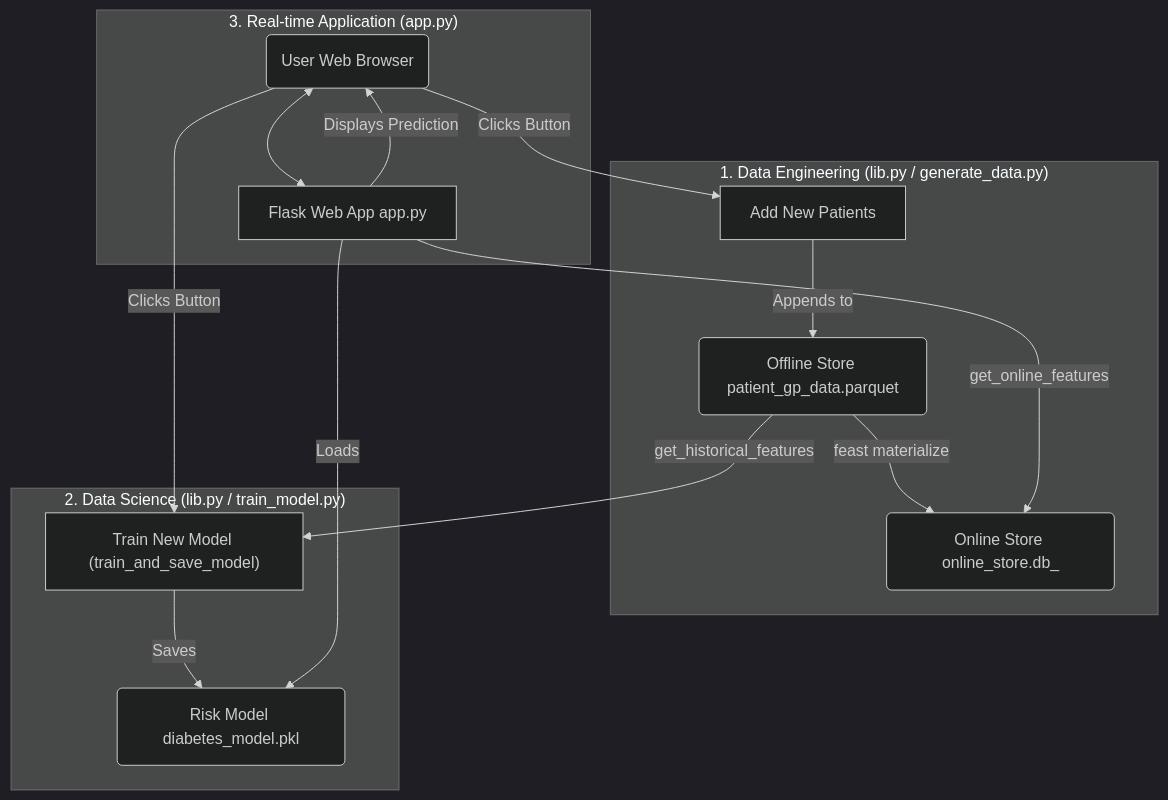
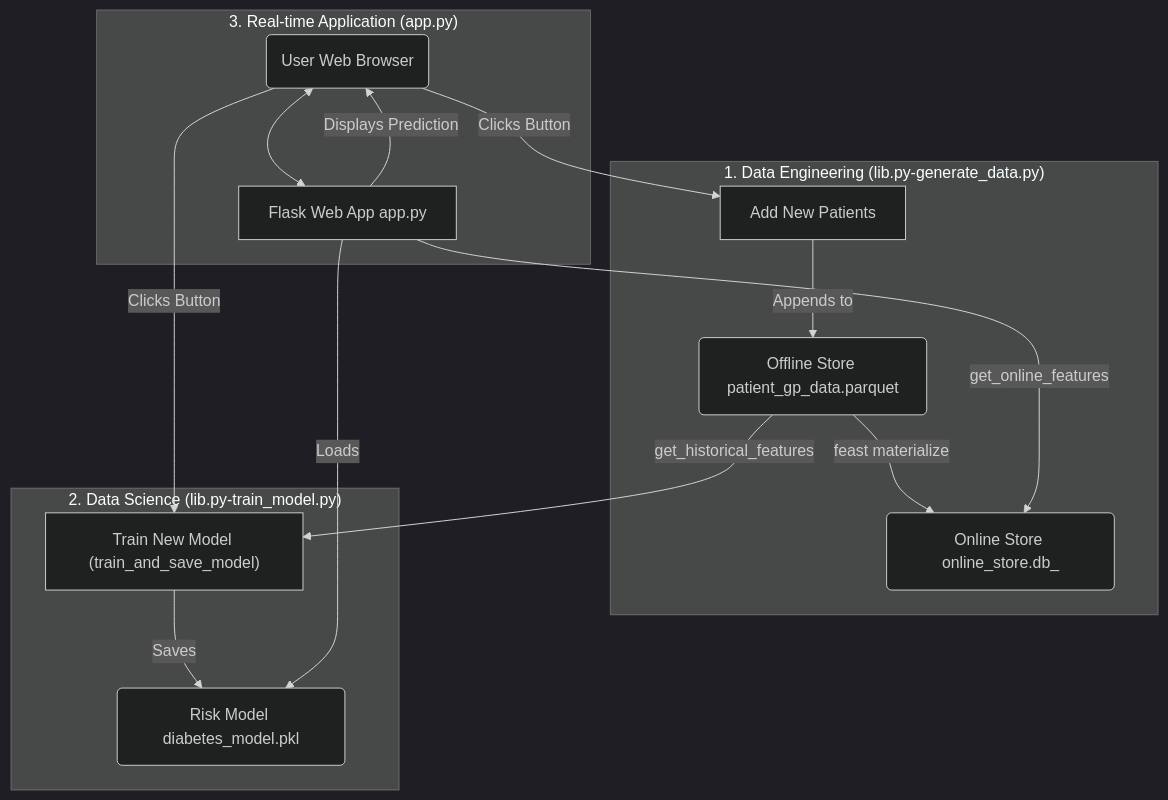
One commit to regulate-tech/nhstech changed the diagram in demo-feature-store/README.md. Above: the diagram before and after it, drawn with Mermaid (dark theme).

Commit message:
fix: tweak diagram

````diff
--- a/demo-feature-store/README.md
+++ b/demo-feature-store/README.md
@@ -21,22 +21,22 @@
 ```mermaid
 flowchart TD
-    subgraph DataEngineering["1. Data Engineering (lib.py / generate_data.py)"]
+    subgraph DataEngineering["1. Data Engineering (lib.py-generate_data.py)"]
         A["Add New Patients"] -- "Appends to" --> B(Offline Store patient_gp_data.parquet)
         B -- "feast materialize" --> C(Online Store online_store.db_)
     end
 
-    subgraph DataScience["2. Data Science (lib.py / train_model.py)"]
+    subgraph DataScience["2. Data Science (lib.py-train_model.py)"]
         B -- "get_historical_features" --> D["Train New Model (train_and_save_model)"]
         D -- "Saves" --> E("Risk Model diabetes_model.pkl")
     end
 
     subgraph Application["3. Real-time Application (app.py)"]
         F(User Web Browser) <--> G["Flask Web App app.py"]
         G -- "Loads" --> E
         G -- "get_online_features" --> C
         G -- "Displays Prediction" --> F
     end
 
     F -- "Clicks Button" --> A
     F -- "Clicks Button" --> D
 ```
````
